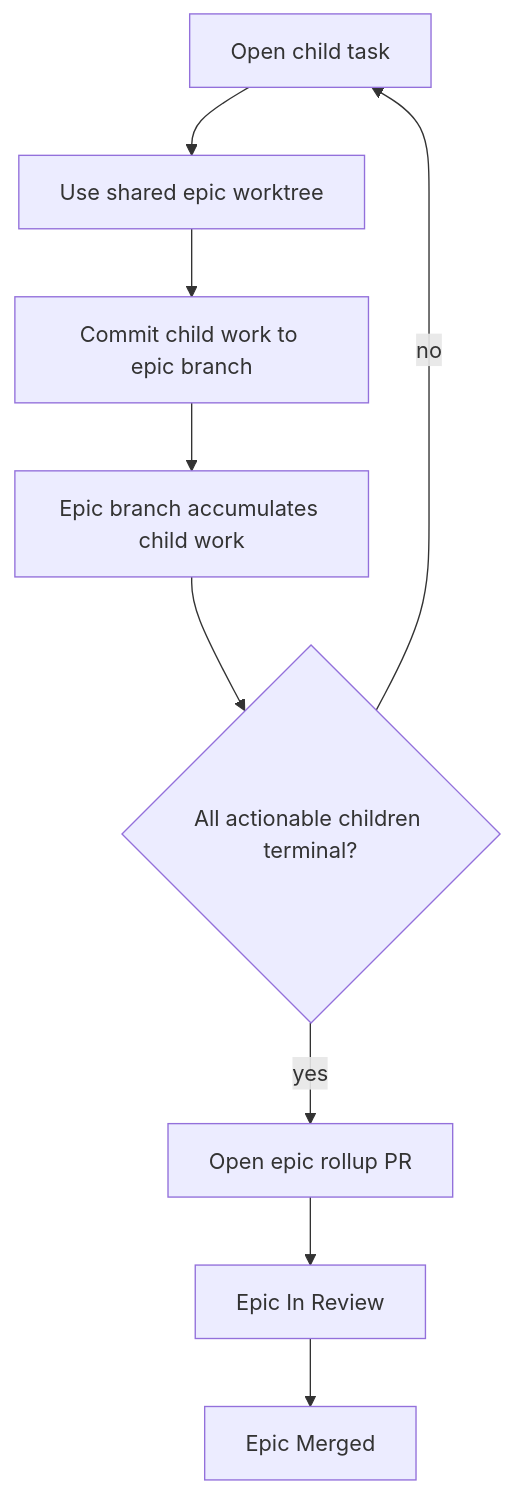
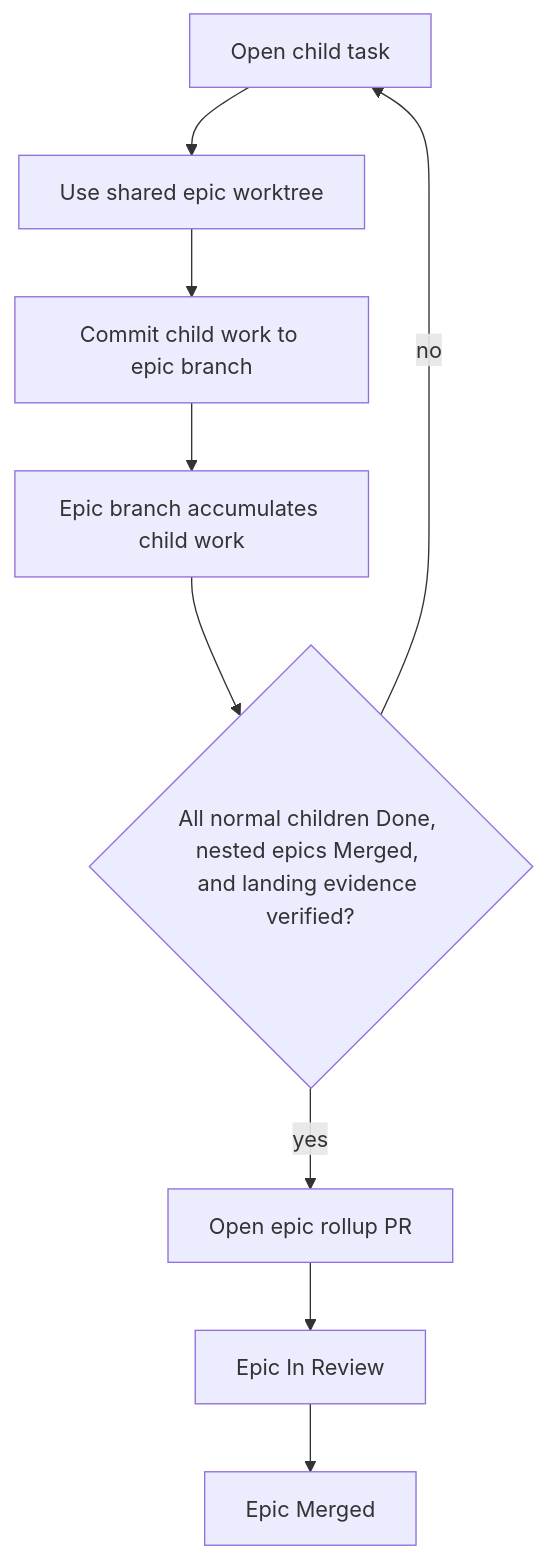
One commit to lesserevil/oompah changed the fourth of 5 diagrams in docs/task-epic-workflow.md. Above: the diagram before and after it, drawn with Mermaid. The commit also changed other lines of this file and 5 other files, not shown here.

````diff
--- a/docs/task-epic-workflow.md
+++ b/docs/task-epic-workflow.md
@@ -170,11 +170,11 @@
 ```mermaid
 flowchart TD
     ChildOpen[Open child task] --> SharedWork[Use shared epic worktree]
     SharedWork --> SharedBranch[Commit child work to epic branch]
     SharedBranch --> EpicBranch[Epic branch accumulates child work]
-    EpicBranch --> ChildrenDone{All actionable children terminal?}
+    EpicBranch --> ChildrenDone{All normal children Done, nested epics Merged, and landing evidence verified?}
     ChildrenDone -- no --> ChildOpen
     ChildrenDone -- yes --> RollupPR[Open epic rollup PR]
     RollupPR --> EpicReview[Epic In Review]
     EpicReview --> EpicMerged[Epic Merged]
 ```
````
